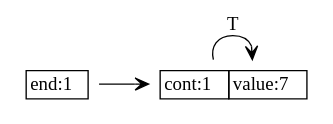
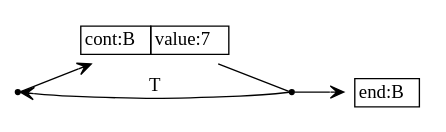
The diagram in src/predrepeatwhile/predrepeatwhile-spec.dot (sireum/bitcodec-examples), drawn with Graphviz before and after one commit. The commit also changed 9 other files, not shown here.

```diff
--- a/src/predrepeatwhile/predrepeatwhile-spec.dot
+++ b/src/predrepeatwhile/predrepeatwhile-spec.dot
@@ -1,19 +1,23 @@
 digraph G {
   rankdir = LR;
   node [shape=plaintext];
   edge [arrowhead=vee];
 
-  n0 [label=<
+  n0 [shape=point];
+  n1 [label=<
     <TABLE BORDER="0" CELLBORDER="1" CELLSPACING="0">
-      <TR><TD>end:1</TD></TR>
+      <TR><TD>cont:B</TD><TD>value:7</TD></TR>
     </TABLE>
   >];
-  n1 [label=<
+  n2 [shape=point];
+  n3 [label=<
     <TABLE BORDER="0" CELLBORDER="1" CELLSPACING="0">
-      <TR><TD>cont:1</TD><TD>value:7</TD></TR>
+      <TR><TD>end:B</TD></TR>
     </TABLE>
   >];
 
-  n1 -> n1 [label="T"];
+  n2 -> n0 [label="T"];
   n0 -> n1;
+  n1 -> n2 [arrowhead=none];
+  n2 -> n3;
 }
```
